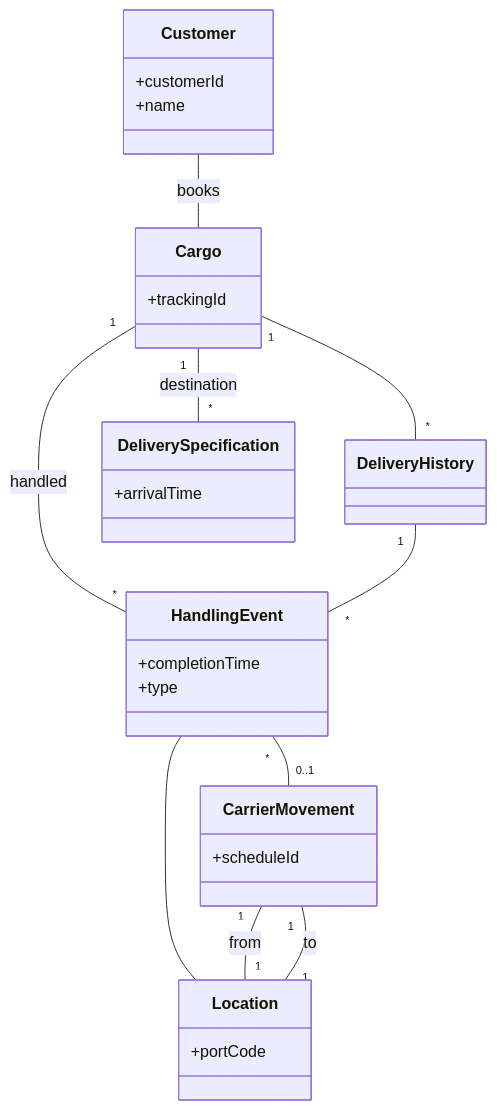
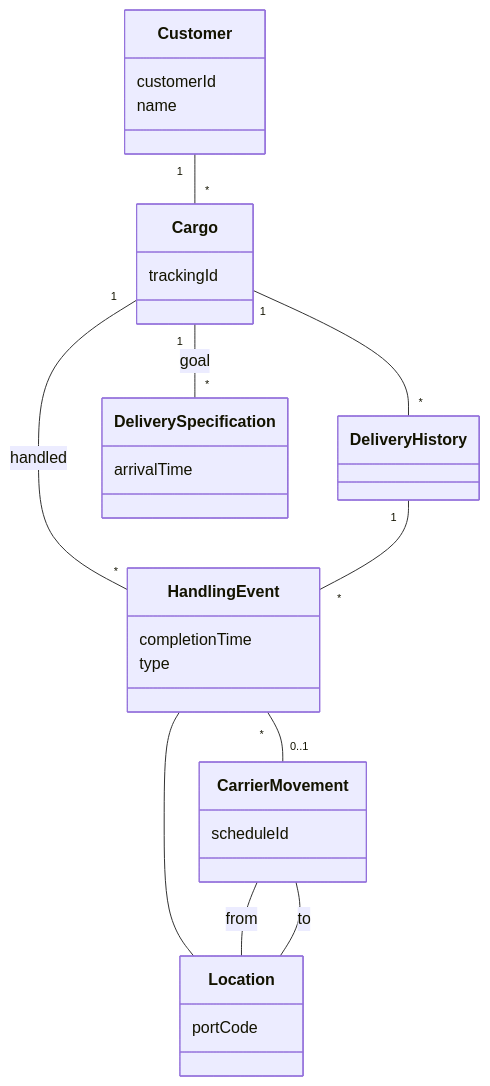
The diagram in docs/architecture/01-design.md (peterramaldes/cs), drawn with Mermaid before and after one commit. The commit also changed 1 other file, not shown here.

Commit message:
Remove public from docs.

````diff
--- a/docs/architecture/01-design.md
+++ b/docs/architecture/01-design.md
@@ -5,41 +5,41 @@
 ```mermaid
 classDiagram
     class Customer {
-        +customerId
-        +name
+        customerId
+        name
     }
 
     class Cargo {
-        +trackingId
+        trackingId
     }
 
     class DeliveryHistory {
     }
 
     class DeliverySpecification {
-        +arrivalTime
+        arrivalTime
     }
 
     class HandlingEvent {
-        +completionTime
-        +type
+        completionTime
+        type
     }
 
     class CarrierMovement {
-        +scheduleId
+        scheduleId
     }
 
     class Location {
-        +portCode
+        portCode
     }
 
-    Customer -- Cargo : books
+    Customer "1" -- "*" Cargo
     Cargo "1" -- "*" DeliveryHistory
-    Cargo "1" -- "*" DeliverySpecification : destination
+    Cargo "1" -- "*" DeliverySpecification : goal
     Cargo "1" -- "*" HandlingEvent : handled
     DeliveryHistory "1" -- "*" HandlingEvent
     HandlingEvent "*" -- "0..1" CarrierMovement
     HandlingEvent -- Location
-    CarrierMovement "1" -- "1" Location : from
-    CarrierMovement "1" -- "1" Location : to
+    CarrierMovement -- Location : from
+    CarrierMovement -- Location : to
 ```
````
